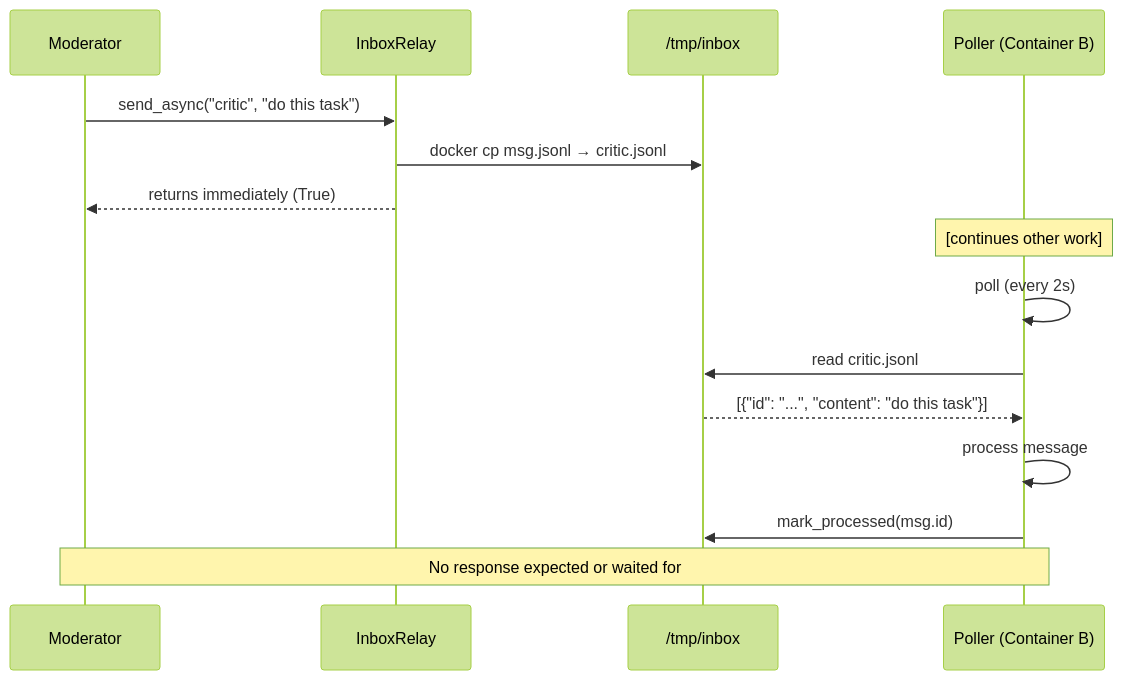
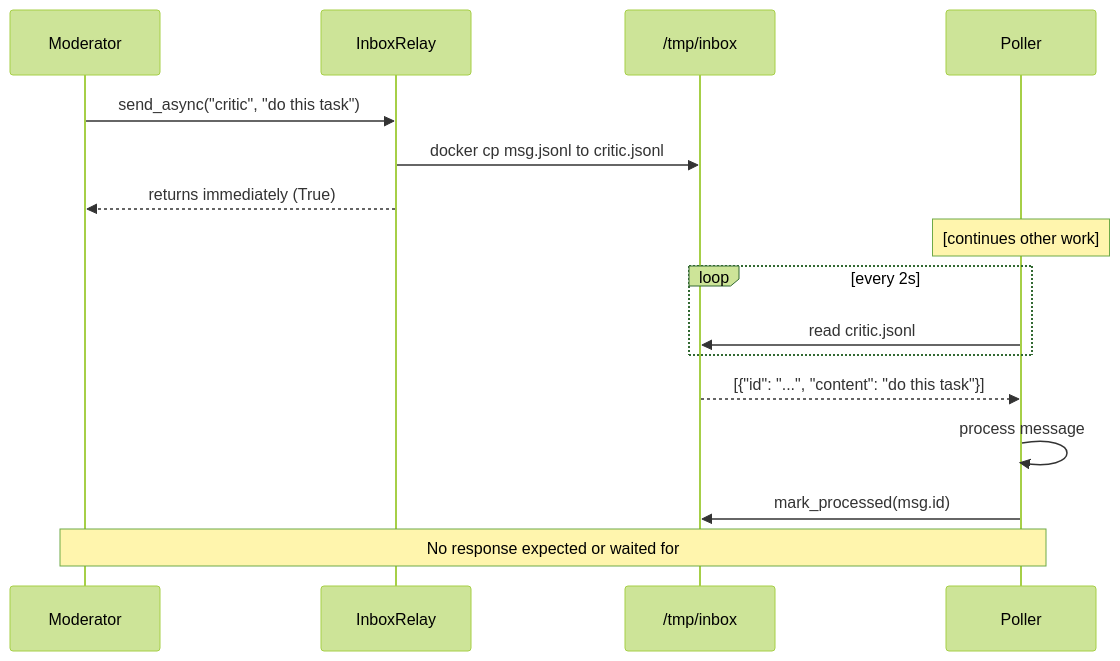
Before and after one commit to wangsen992/agentia: the third of 6 diagrams in specs/005_relay_inbox_diagrams.md, drawn with Mermaid (forest theme). The commit also changed other lines of this file, not shown here.

Commit message:
Fix Mermaid diagrams for GitHub compatibility

````diff
--- a/specs/005_relay_inbox_diagrams.md
+++ b/specs/005_relay_inbox_diagrams.md
@@ -73,18 +62,19 @@
 ```mermaid
 sequenceDiagram
     participant M as Moderator
     participant IR as InboxRelay
     participant FS as /tmp/inbox
-    participant P as Poller (Container B)
+    participant P as Poller
 
     M->>IR: send_async("critic", "do this task")
-    IR->>FS: docker cp msg.jsonl → critic.jsonl
+    IR->>FS: docker cp msg.jsonl to critic.jsonl
     IR-->>M: returns immediately (True)
     Note over P: [continues other work]
-    P->>P: poll (every 2s)
-    P->>FS: read critic.jsonl
+    loop every 2s
+        P->>FS: read critic.jsonl
+    end
     FS-->>P: [{"id": "...", "content": "do this task"}]
     P->>P: process message
     P->>FS: mark_processed(msg.id)
     Note over M,P: No response expected or waited for
 ```
````
